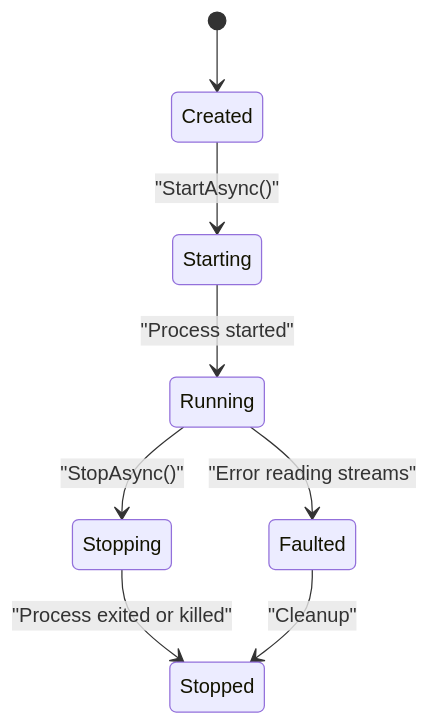
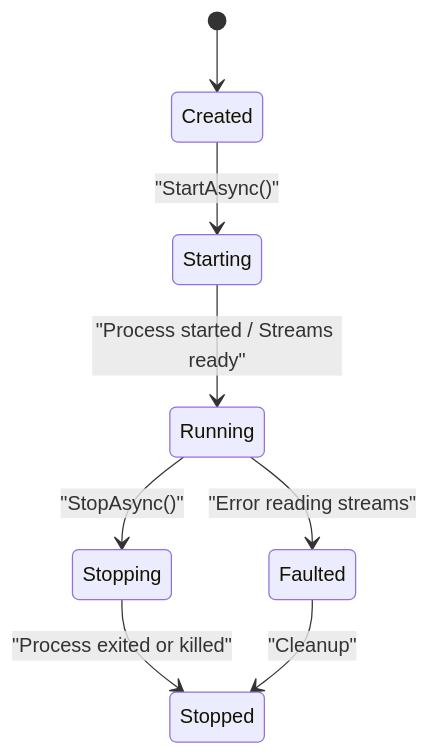
Before and after one commit to AgenticDesktop/ACPLibrary: the ninth of 11 diagrams in .qoder/repowiki/en/content/Configuration and Setup.md, drawn with Mermaid. The commit also changed other lines of this file and 63 other files, not shown here.

````diff
--- a/.qoder/repowiki/en/content/Configuration and Setup.md
+++ b/.qoder/repowiki/en/content/Configuration and Setup.md
@@ -285,10 +407,10 @@
 ```mermaid
 stateDiagram-v2
 [*] --> Created
 Created --> Starting : "StartAsync()"
-Starting --> Running : "Process started"
+Starting --> Running : "Process started / Streams ready"
 Running --> Stopping : "StopAsync()"
 Stopping --> Stopped : "Process exited or killed"
 Running --> Faulted : "Error reading streams"
 Faulted --> Stopped : "Cleanup"
 ```
````
